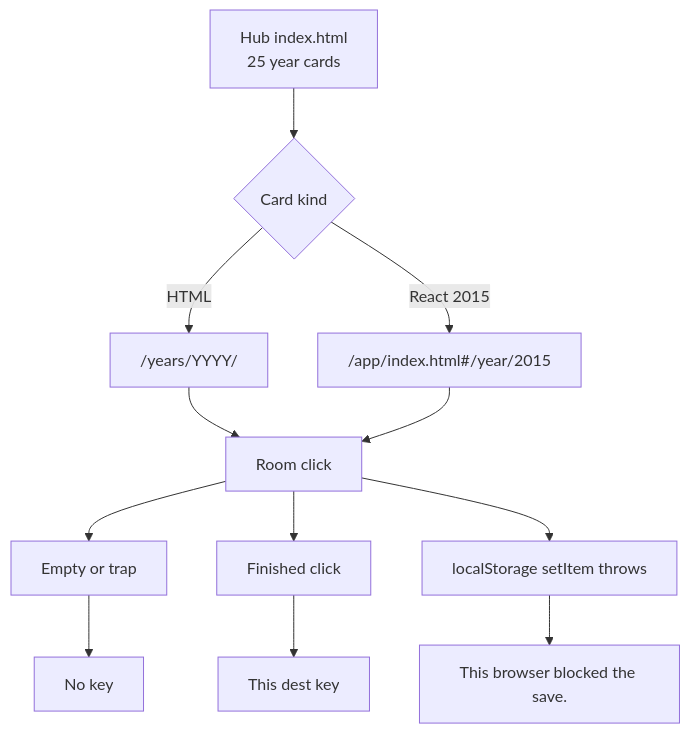
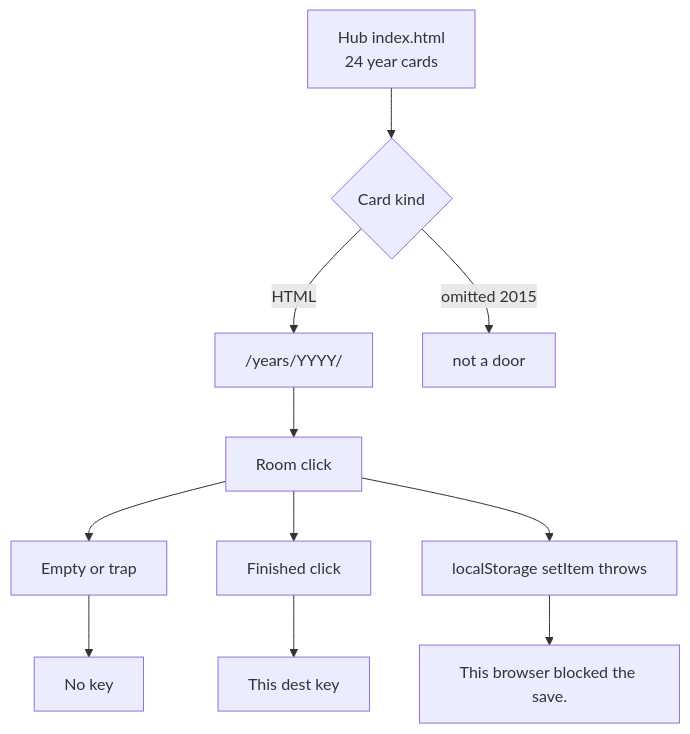
One commit to sourabhligade/internet-through-time changed the first of 5 diagrams in docs/FLOW-CHECK-DIAGRAM.md. Above: the diagram before and after it, drawn with Mermaid. The commit also changed other lines of this file and 273 other files, not shown here.

````diff
--- a/docs/FLOW-CHECK-DIAGRAM.md
+++ b/docs/FLOW-CHECK-DIAGRAM.md
@@ -21,14 +21,13 @@
 ```mermaid
 flowchart TD
- HUB["Hub index.html<br/>25 year cards"] --> KIND{"Card kind"}
+ HUB["Hub index.html<br/>24 year cards"] --> KIND{"Card kind"}
  KIND -->|HTML| YEAR["/years/YYYY/"]
- KIND -->|React 2015| REACT["/app/index.html#/year/2015"]
+ KIND -->|omitted 2015| ABSENT["not a door"]
  YEAR --> ROOM["Room click"]
- REACT --> ROOM
  ROOM --> EMPTY["Empty or trap"]
  ROOM --> DONE["Finished click"]
  ROOM --> BLOCK["localStorage setItem throws"]
  EMPTY --> NOKEY["No key"]
  DONE --> KEY["This dest key"]
  BLOCK --> MSG["This browser blocked the save."]
 ```
````
